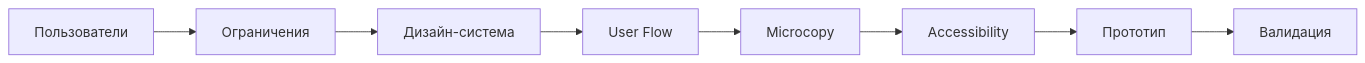
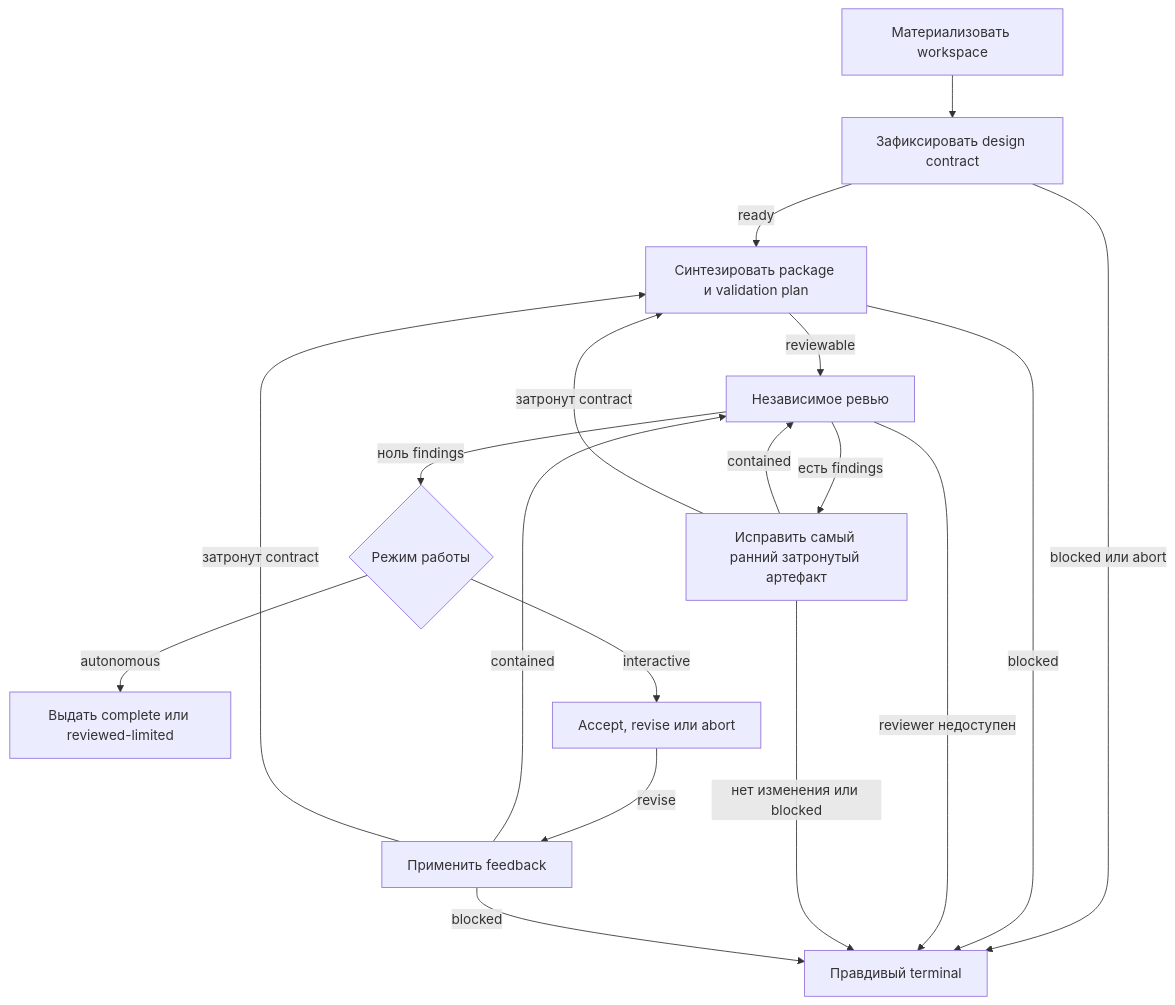
One commit to moira-mcp/moira changed the diagram in packages/docs/src/content/docs/ru/docs/reference/workflows/ux-design.mdx. Above: the diagram before and after it, drawn with Mermaid. The commit also changed other lines of this file and 72 other files, not shown here.

````diff
--- a/packages/docs/src/content/docs/ru/docs/reference/workflows/ux-design.mdx
+++ b/packages/docs/src/content/docs/ru/docs/reference/workflows/ux-design.mdx
@@ -18,10 +63,20 @@
 ```mermaid
-flowchart LR
-    A[Пользователи] --> B[Ограничения]
-    B --> C[Дизайн-система]
-    C --> D[User Flow]
-    D --> E[Microcopy]
-    E --> F[Accessibility]
-    F --> G[Прототип]
-    G --> H[Валидация]
+flowchart TD
+    A[Материализовать workspace] --> B[Зафиксировать design contract]
+    B -->|ready| C[Синтезировать package и validation plan]
+    B -->|blocked или abort| T[Правдивый terminal]
+    C -->|reviewable| D[Независимое ревью]
+    C -->|blocked| T
+    D -->|ноль findings| E{Режим работы}
+    D -->|есть findings| F[Исправить самый ранний затронутый артефакт]
+    D -->|reviewer недоступен| T
+    F -->|contained| D
+    F -->|затронут contract| C
+    F -->|нет изменения или blocked| T
+    E -->|autonomous| G[Выдать complete или reviewed-limited]
+    E -->|interactive| H[Accept, revise или abort]
+    H -->|revise| I[Применить feedback]
+    I -->|contained| D
+    I -->|затронут contract| C
+    I -->|blocked| T
 ```
````
